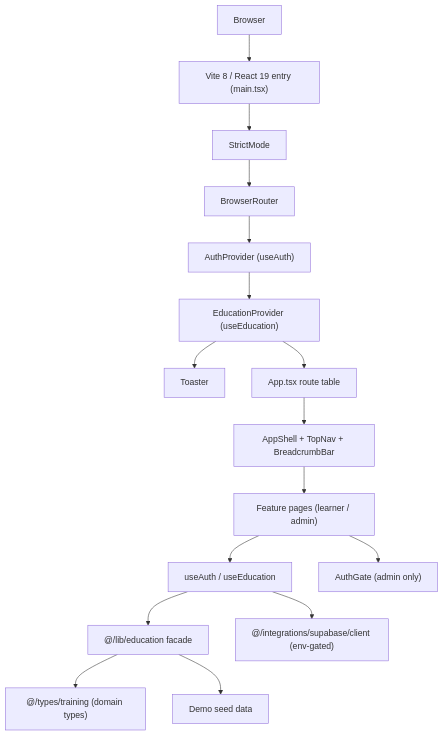
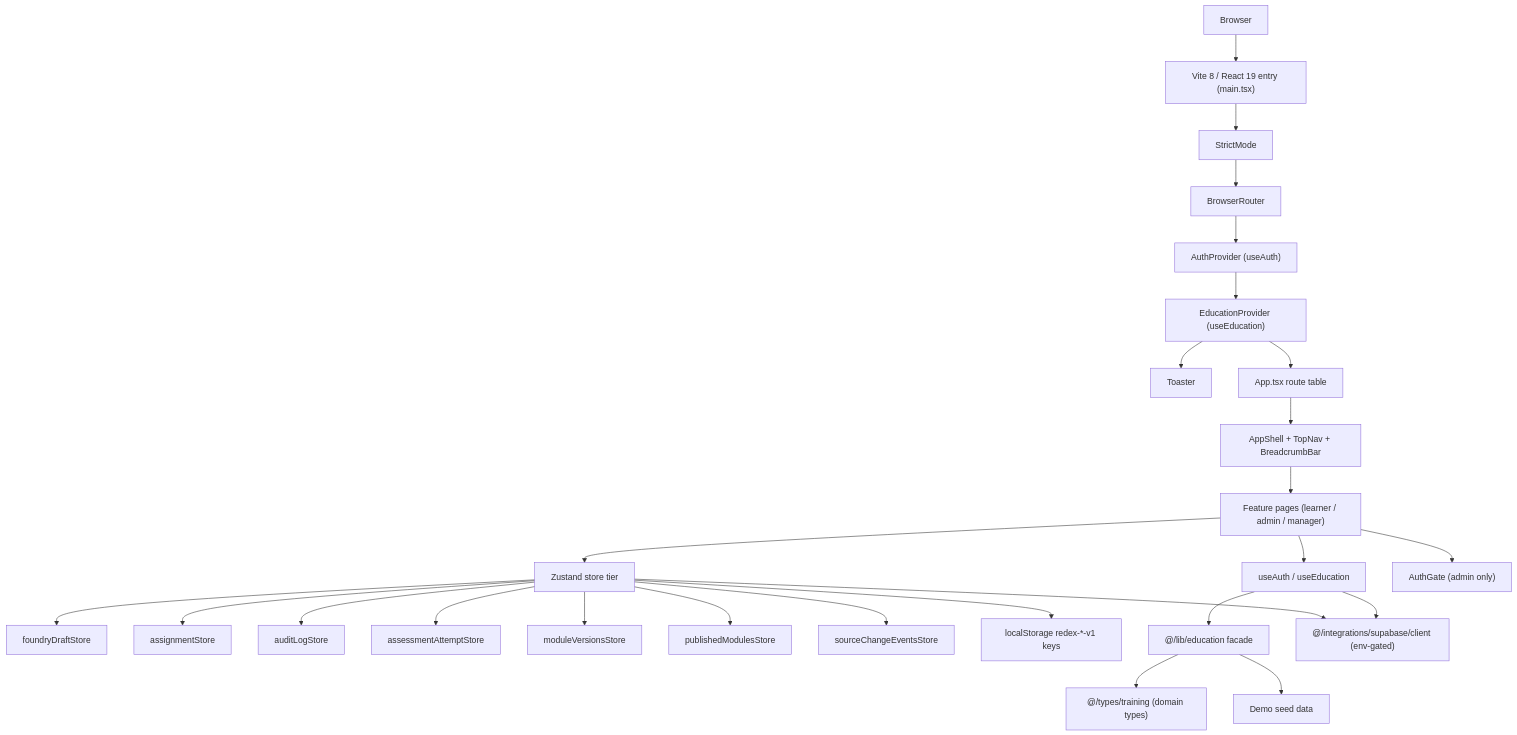
One commit to lewis4x4/Redex-Education changed the diagram in docs/architecture.md. Above: the diagram before and after it, drawn with Mermaid. The commit also changed other lines of this file and 19 other files, not shown here.

````diff
--- a/docs/architecture.md
+++ b/docs/architecture.md
@@ -7,18 +7,28 @@
 ```mermaid
 flowchart TD
   Browser["Browser"] --> Vite["Vite 8 / React 19 entry (main.tsx)"]
   Vite --> Strict["StrictMode"]
   Strict --> Router["BrowserRouter"]
   Router --> Auth["AuthProvider (useAuth)"]
   Auth --> Edu["EducationProvider (useEducation)"]
   Edu --> Toast["Toaster"]
   Edu --> App["App.tsx route table"]
   App --> Shell["AppShell + TopNav + BreadcrumbBar"]
-  Shell --> Pages["Feature pages (learner / admin)"]
+  Shell --> Pages["Feature pages (learner / admin / manager)"]
   Pages --> Hooks["useAuth / useEducation"]
+  Pages --> Stores["Zustand store tier"]
+  Stores --> FoundryStore["foundryDraftStore"]
+  Stores --> AssignmentStore["assignmentStore"]
+  Stores --> AuditStore["auditLogStore"]
+  Stores --> AttemptStore["assessmentAttemptStore"]
+  Stores --> VersionStore["moduleVersionsStore"]
+  Stores --> PublishedStore["publishedModulesStore"]
+  Stores --> SourceChangeStore["sourceChangeEventsStore"]
+  Stores --> LocalStorage["localStorage redex-*-v1 keys"]
   Hooks --> Facade["@/lib/education facade"]
   Facade --> Domain["@/types/training (domain types)"]
   Facade --> Demo["Demo seed data"]
   Hooks --> Supa["@/integrations/supabase/client (env-gated)"]
+  Stores --> Supa
   Pages --> Gate["AuthGate (admin only)"]
 ```
````
